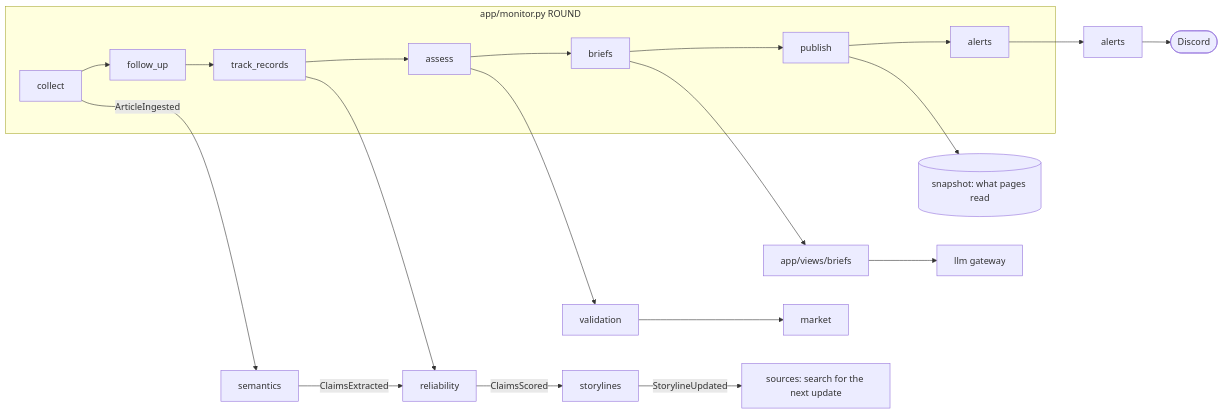
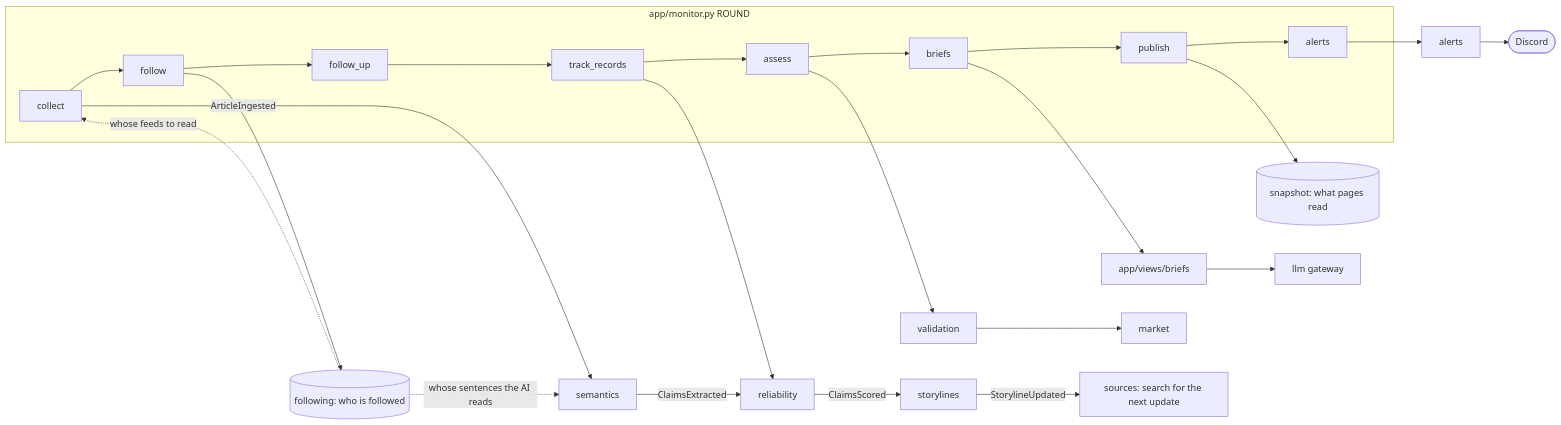
The diagram in docs/08-codebase-guide.md (Inspiring-Ming/NewsImpact), drawn with Mermaid before and after one commit. The commit also changed other lines of this file and 35 other files, not shown here.

Commit message:
Project review: pages read a fixed 30-day window (store queries since/get/count, UTC times) so rounds stay fast as articles grow; remove unused endpoint, styles and helper; test the follow step; docs synced with the code; make universe

````diff
--- a/docs/08-codebase-guide.md
+++ b/docs/08-codebase-guide.md
@@ -34,15 +36,18 @@
 ```mermaid
 flowchart LR
   subgraph round[app/monitor.py ROUND]
-    s1[collect] --> s2[follow_up] --> s3[track_records] --> s4[assess] --> s5[briefs] --> s7[publish] --> s6[alerts]
+    s1[collect] --> s0[follow] --> s2[follow_up] --> s3[track_records] --> s4[assess] --> s5[briefs] --> s7[publish] --> s6[alerts]
   end
   s1 -->|ArticleIngested| sem[semantics]
   sem -->|ClaimsExtracted| rel[reliability]
   rel -->|ClaimsScored| sto[storylines]
   sto -->|StorylineUpdated| src[sources: search for the next update]
   s3 --> rel
   s4 --> val[validation] --> mkt[market]
   s5 --> views[app/views/briefs] --> llm[llm gateway]
   s7 --> snap[(snapshot: what pages read)]
   s6 --> alr[alerts] --> discord([Discord])
+  s0 --> fol[(following: who is followed)]
+  fol -.->|whose feeds to read| s1
+  fol -.->|whose sentences the AI reads| sem
 ```
````
